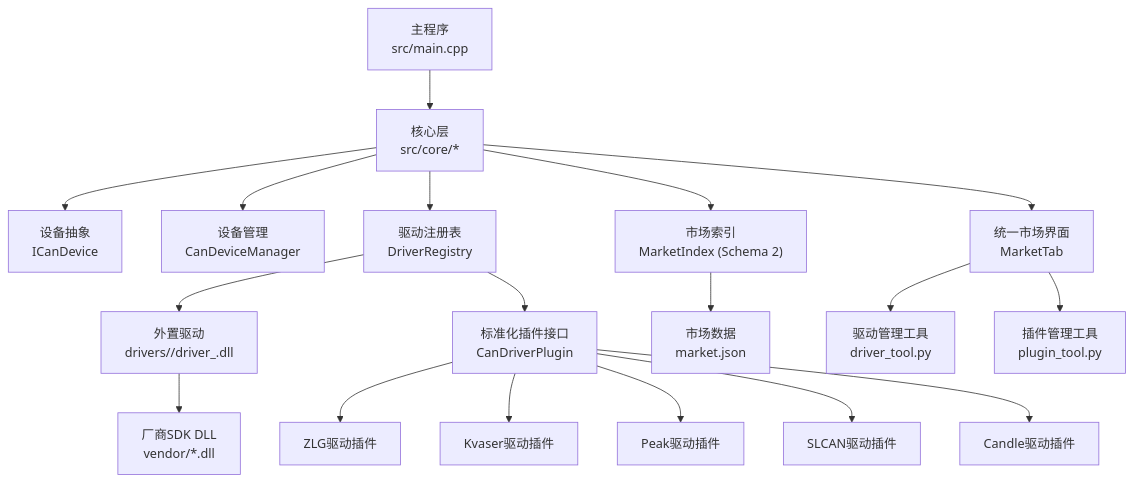
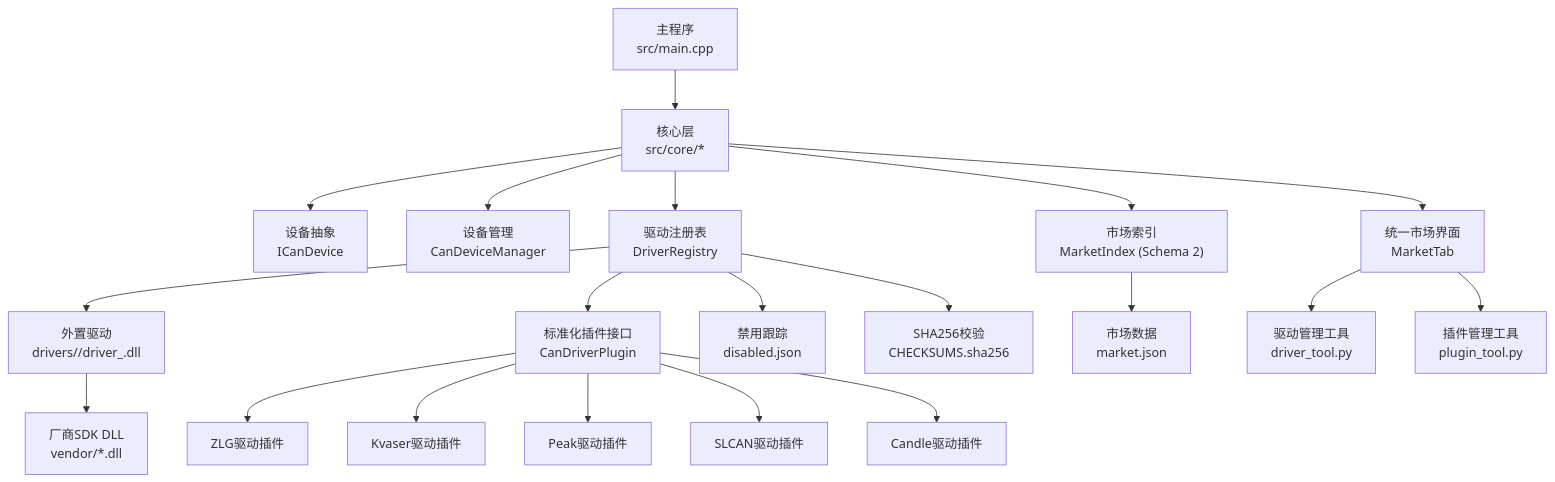
The first of 6 diagrams in .qoder/repowiki/zh/content/架构设计/驱动系统方案.md (jakecai1225-design/OpenBus), drawn with Mermaid before and after one commit. The commit also changed other lines of this file and 151 other files, not shown here.

````diff
--- a/.qoder/repowiki/zh/content/架构设计/驱动系统方案.md
+++ b/.qoder/repowiki/zh/content/架构设计/驱动系统方案.md
@@ -53,20 +51,22 @@
 ```mermaid
 graph TB
 A["主程序<br/>src/main.cpp"] --> B["核心层<br/>src/core/*"]
 B --> C["设备抽象<br/>ICanDevice"]
 B --> D["设备管理<br/>CanDeviceManager"]
 B --> E["驱动注册表<br/>DriverRegistry"]
 E --> F["外置驱动<br/>drivers/<id>/driver_<id>.dll"]
 F --> G["厂商SDK DLL<br/>vendor/*.dll"]
 B --> H["市场索引<br/>MarketIndex (Schema 2)"]
 H --> I["市场数据<br/>market.json"]
 B --> J["统一市场界面<br/>MarketTab"]
 J --> K["驱动管理工具<br/>driver_tool.py"]
 J --> L["插件管理工具<br/>plugin_tool.py"]
 E --> M["标准化插件接口<br/>CanDriverPlugin"]
 M --> N["ZLG驱动插件"]
 M --> O["Kvaser驱动插件"]
 M --> P["Peak驱动插件"]
 M --> Q["SLCAN驱动插件"]
 M --> R["Candle驱动插件"]
+E --> S["禁用跟踪<br/>disabled.json"]
+E --> T["SHA256校验<br/>CHECKSUMS.sha256"]
 ```
````
